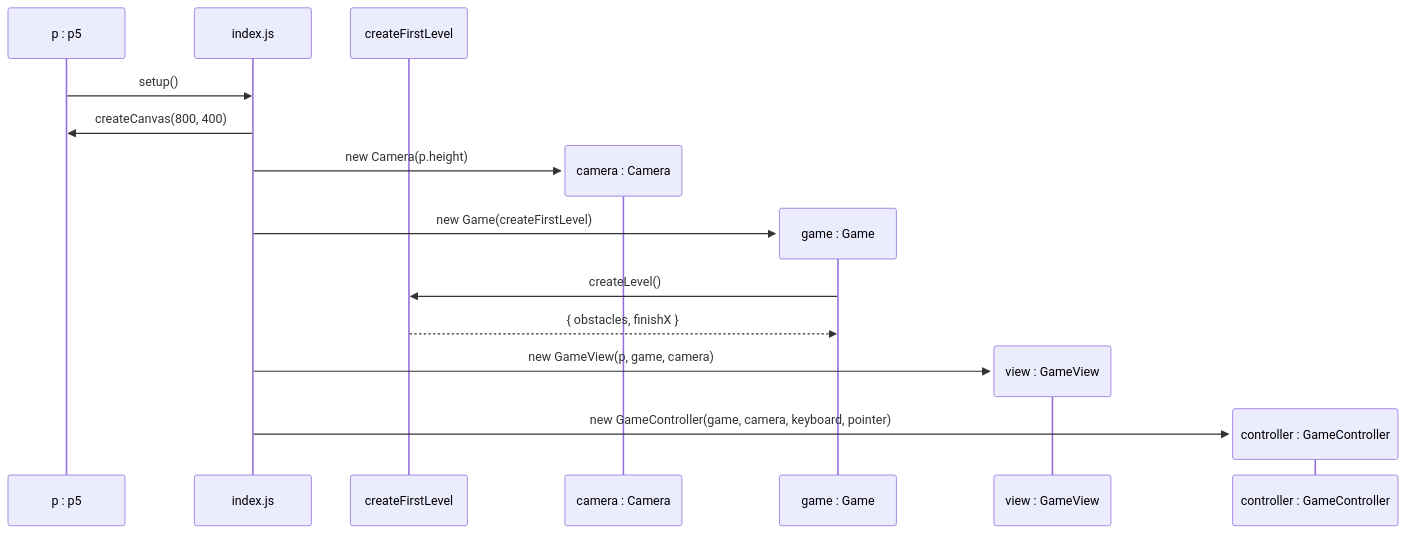
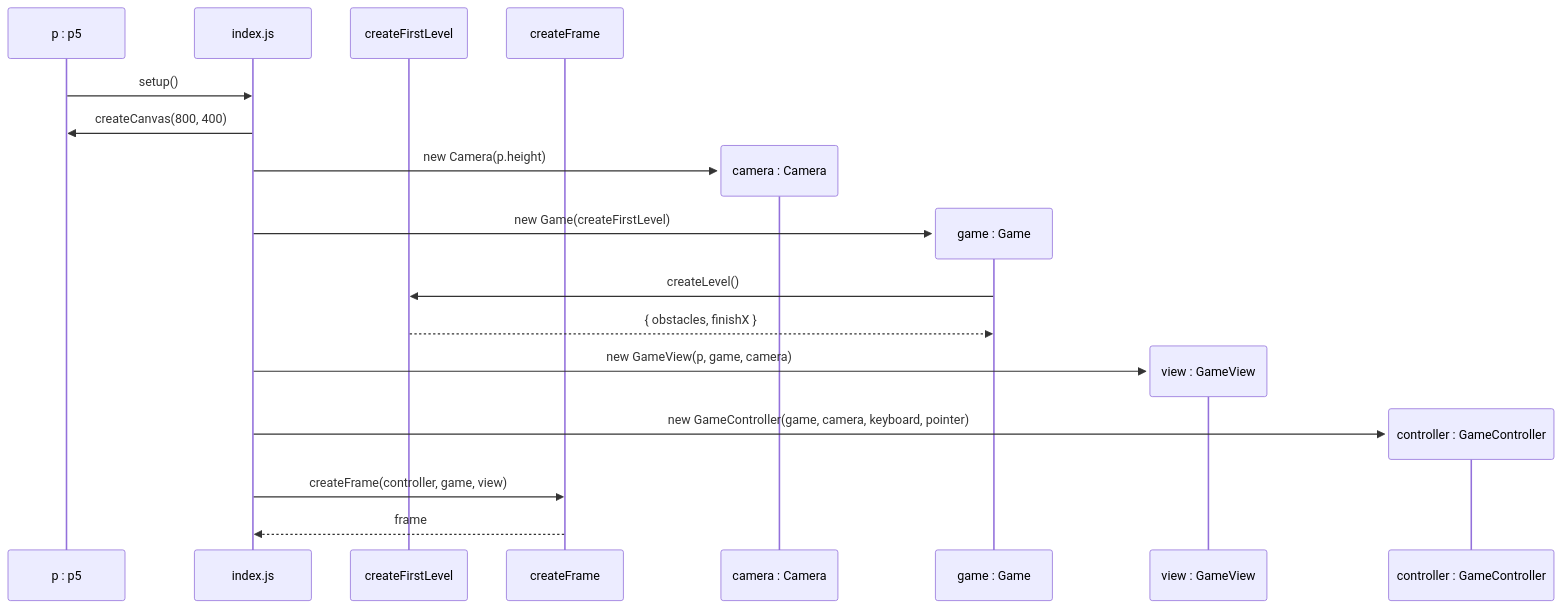
The fifth of 9 diagrams in MVC_DESIGN.md (1dv610/ripe-tomato), drawn with Mermaid before and after one commit. The commit also changed other lines of this file and 1 other file, not shown here.

````diff
--- a/MVC_DESIGN.md
+++ b/MVC_DESIGN.md
@@ -735,19 +745,22 @@
 ```mermaid
 sequenceDiagram
     participant P as p : p5
     participant S as index.js
     participant L as createFirstLevel
+    participant CF as createFrame
 
     P->>S: setup()
     S->>P: createCanvas(800, 400)
     create participant Cam as camera : Camera
     S->>Cam: new Camera(p.height)
     create participant G as game : Game
     S->>G: new Game(createFirstLevel)
     G->>L: createLevel()
     L-->>G: { obstacles, finishX }
     create participant V as view : GameView
     S->>V: new GameView(p, game, camera)
     create participant C as controller : GameController
     S->>C: new GameController(game, camera, keyboard, pointer)
+    S->>CF: createFrame(controller, game, view)
+    CF-->>S: frame
 ```
````
